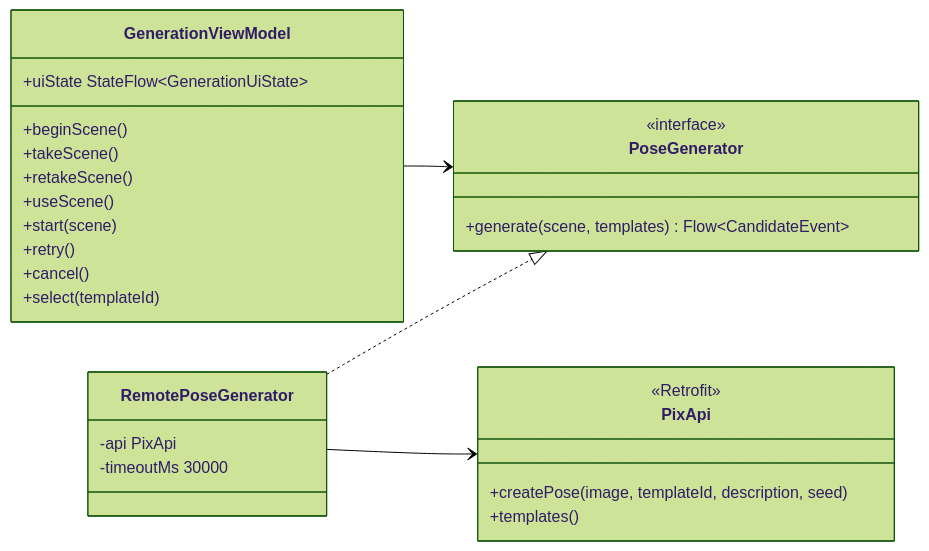
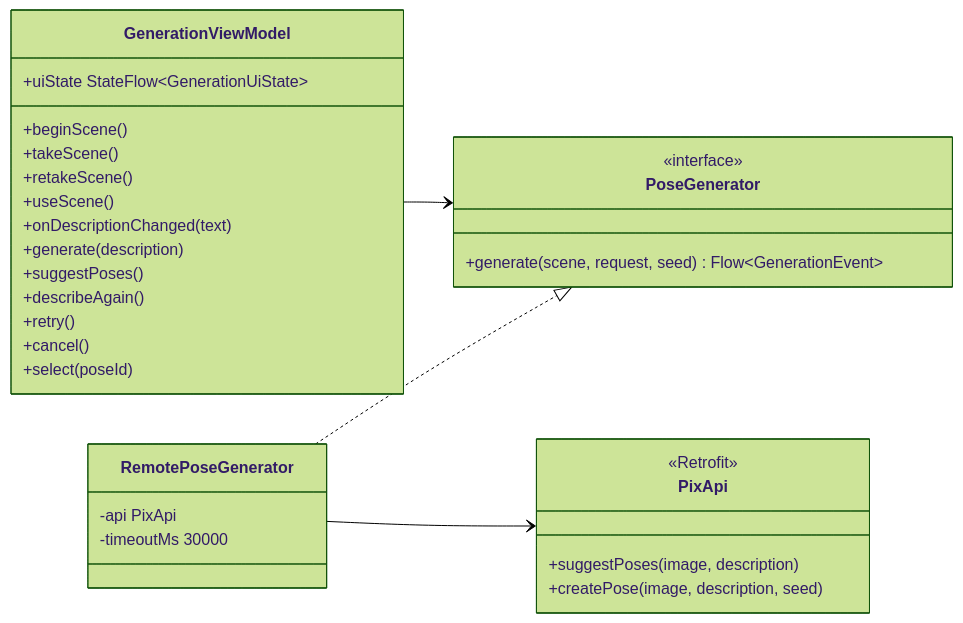
The eighth of 12 diagrams in wiki/Design-Documentation.md (snuhcs-course/swpp-2026-project-team-10), drawn with Mermaid (forest theme) before and after one commit. The commit also changed other lines of this file and 2 other files, not shown here.

First line of the commit message:
docs: record suggested poses and pose variations (#53)

````diff
--- a/wiki/Design-Documentation.md
+++ b/wiki/Design-Documentation.md
@@ -607,31 +608,34 @@
 ```mermaid
 classDiagram
   direction LR
   class GenerationViewModel {
     +uiState StateFlow~GenerationUiState~
     +beginScene()
     +takeScene()
     +retakeScene()
     +useScene()
-    +start(scene)
+    +onDescriptionChanged(text)
+    +generate(description)
+    +suggestPoses()
+    +describeAgain()
     +retry()
     +cancel()
-    +select(templateId)
+    +select(poseId)
   }
   class PoseGenerator {
     <<interface>>
-    +generate(scene, templates) Flow~CandidateEvent~
+    +generate(scene, request, seed) Flow~GenerationEvent~
   }
   class RemotePoseGenerator {
     -api PixApi
     -timeoutMs 30000
   }
   class PixApi {
     <<Retrofit>>
-    +createPose(image, templateId, description, seed)
-    +templates()
+    +suggestPoses(image, description)
+    +createPose(image, description, seed)
   }
   GenerationViewModel --> PoseGenerator
   RemotePoseGenerator ..|> PoseGenerator
   RemotePoseGenerator --> PixApi
 ```
````
